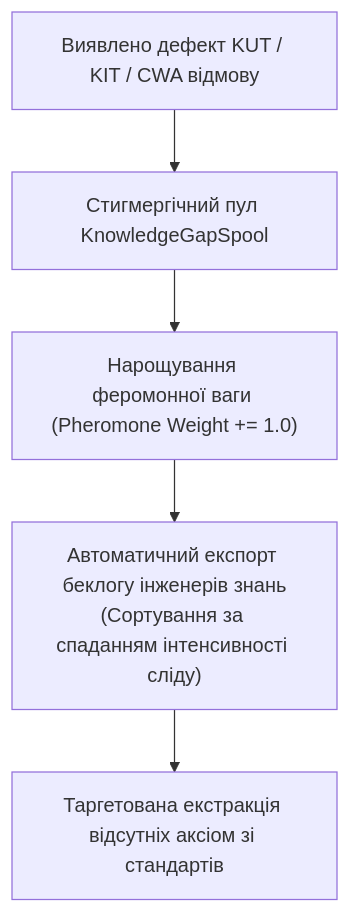
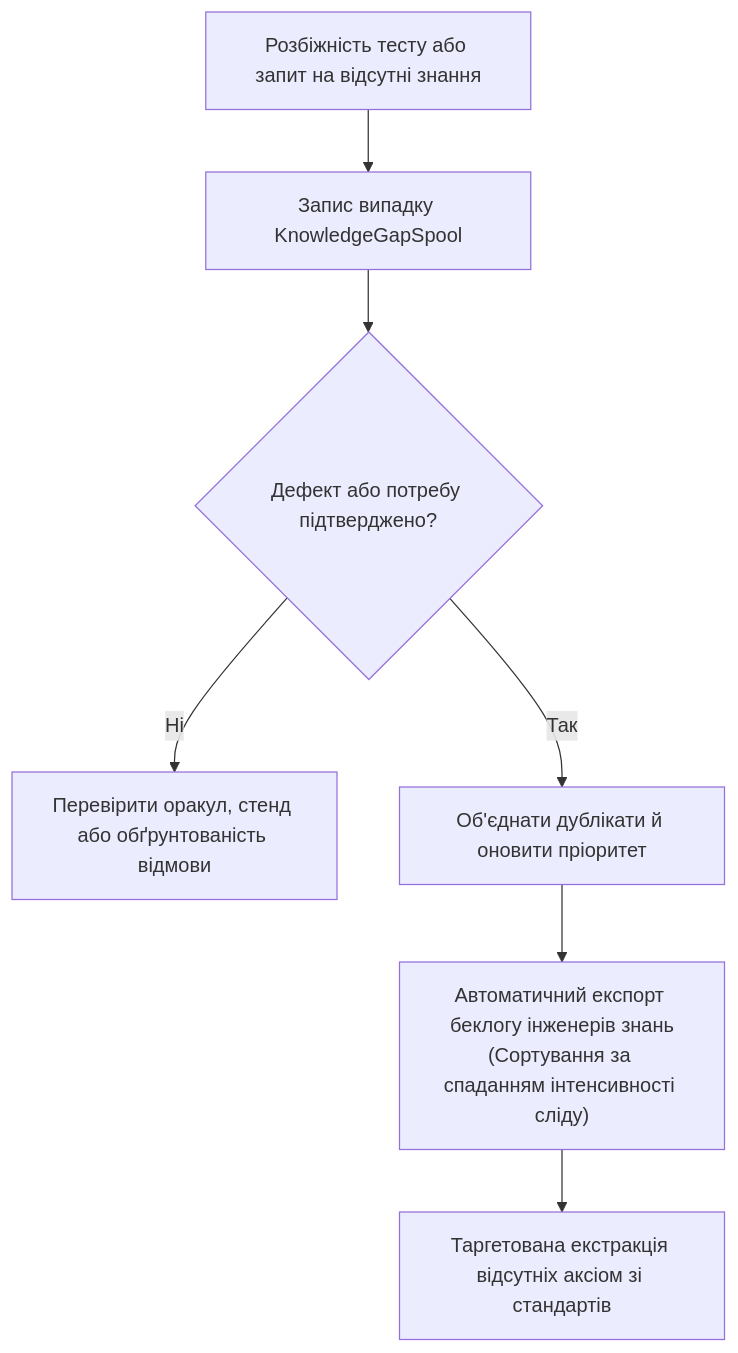
One commit to nick-fedchik/articles changed the ninth of 9 diagrams in ExpertSystem/ch36-knowledge-testing-pyramid-and-variational-calibration.md. Above: the diagram before and after it, drawn with Mermaid. The commit also changed other lines of this file and 9 other files, not shown here.

````diff
--- a/ExpertSystem/ch36-knowledge-testing-pyramid-and-variational-calibration.md
+++ b/ExpertSystem/ch36-knowledge-testing-pyramid-and-variational-calibration.md
@@ -741,7 +969,11 @@
 ```mermaid
 flowchart TD
-    FAIL["Виявлено дефект KUT / KIT / CWA відмову"] --> SPOOL["Стигмергічний пул KnowledgeGapSpool"]
-    SPOOL --> BOOST["Нарощування феромонної ваги (Pheromone Weight += 1.0)"]
+	accTitle: Від розбіжності до перевіреної зміни знань
+	accDescr: Запис випадку, предметний тріаж і пріоритезація передують зміні; частота не визначає істинності.
+	FAIL["Розбіжність тесту або запит на відсутні знання"] --> SPOOL["Запис випадку KnowledgeGapSpool"]
+	SPOOL --> TRIAGE{"Дефект або потребу підтверджено?"}
+	TRIAGE -->|"Ні"| REVIEW["Перевірити оракул, стенд або обґрунтованість відмови"]
+	TRIAGE -->|"Так"| BOOST["Об'єднати дублікати й оновити пріоритет"]
     BOOST --> BACKLOG["Автоматичний експорт беклогу інженерів знань<br/>(Сортування за спаданням інтенсивності сліду)"]
     BACKLOG --> EXTRACT["Таргетована екстракція відсутніх аксіом зі стандартів"]
 ```
````
